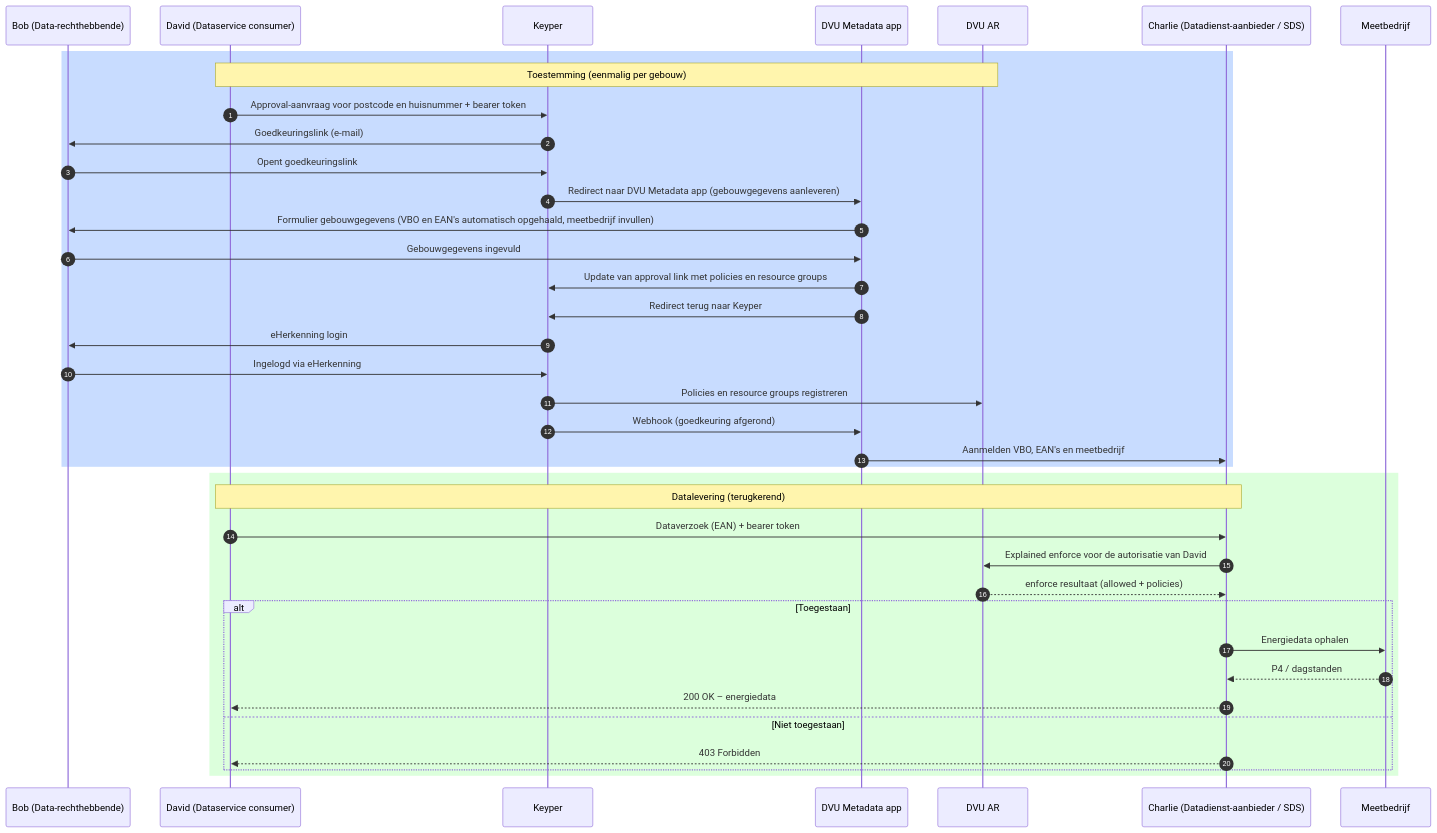
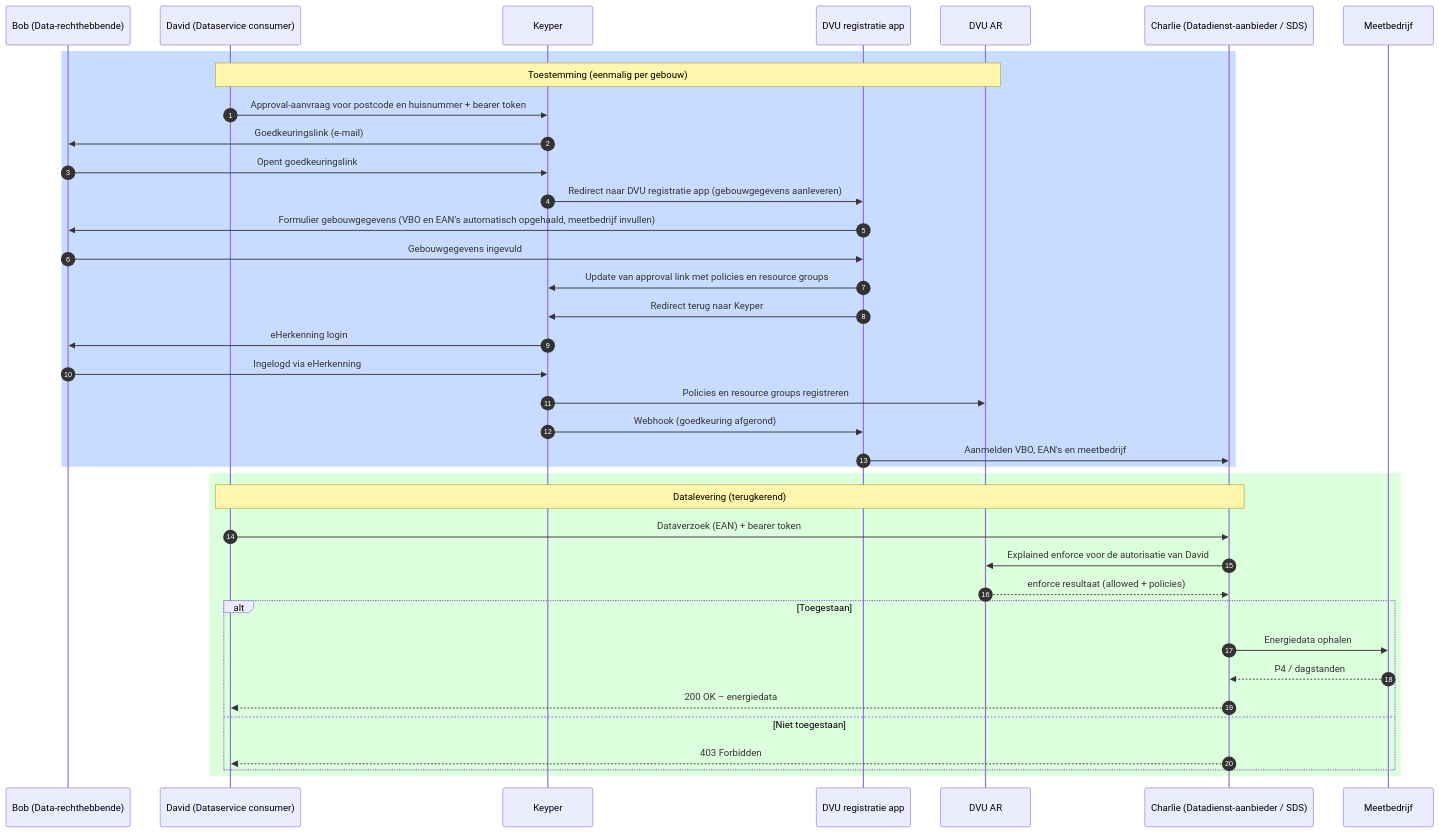
One commit to POORT8/Poort8.Docs changed the diagram in dvu-draft/README.md. Above: the diagram before and after it, drawn with Mermaid. The commit also changed other lines of this file and 3 other files, not shown here.

````diff
--- a/dvu-draft/README.md
+++ b/dvu-draft/README.md
@@ -21,42 +21,42 @@
 ```mermaid
 sequenceDiagram
     autonumber
     participant Bob as Bob (Data-rechthebbende)
     participant David as David (Dataservice consumer)
     participant Keyper as Keyper
-    participant Meta as DVU Metadata app
+    participant Meta as DVU registratie app
     participant DVU as DVU AR
     participant Charlie as Charlie (Datadienst-aanbieder / SDS)
     participant MB as Meetbedrijf
 
     rect rgb(200, 220, 255)
     note over David,DVU: Toestemming (eenmalig per gebouw)
     David->>Keyper: Approval-aanvraag voor postcode en huisnummer + bearer token
     Keyper->>Bob: Goedkeuringslink (e-mail)
     Bob->>Keyper: Opent goedkeuringslink
-    Keyper->>Meta: Redirect naar DVU Metadata app (gebouwgegevens aanleveren)
+    Keyper->>Meta: Redirect naar DVU registratie app (gebouwgegevens aanleveren)
     Meta->>Bob: Formulier gebouwgegevens (VBO en EAN's automatisch opgehaald, meetbedrijf invullen)
     Bob->>Meta: Gebouwgegevens ingevuld
     Meta->>Keyper: Update van approval link met policies en resource groups
     Meta->>Keyper: Redirect terug naar Keyper
     Keyper->>Bob: eHerkenning login
     Bob->>Keyper: Ingelogd via eHerkenning
     Keyper->>DVU: Policies en resource groups registreren
     Keyper->>Meta: Webhook (goedkeuring afgerond)
     Meta->>Charlie: Aanmelden VBO, EAN's en meetbedrijf
     end
 
     rect rgb(220, 255, 220)
     note over David,Charlie: Datalevering (terugkerend)
     David->>Charlie: Dataverzoek (EAN) + bearer token
     Charlie->>DVU: Explained enforce voor de autorisatie van David
     DVU-->>Charlie: enforce resultaat (allowed + policies)
     alt Toegestaan
         Charlie->>MB: Energiedata ophalen
         MB-->>Charlie: P4 / dagstanden
         Charlie-->>David: 200 OK – energiedata
     else Niet toegestaan
         Charlie-->>David: 403 Forbidden
     end
     end
 ```
````
